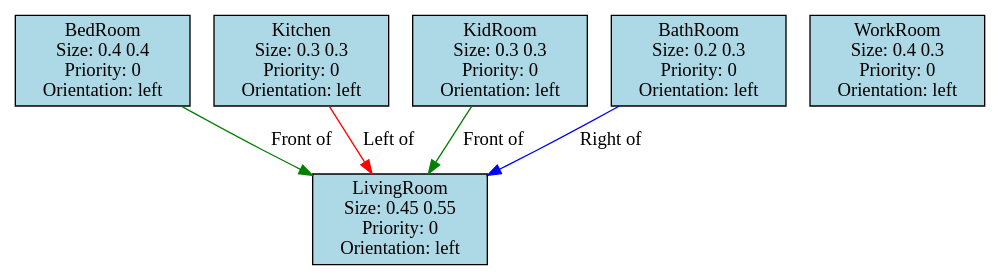
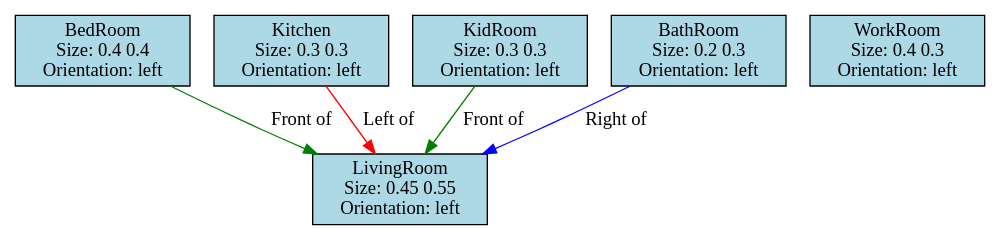
One commit to iambrc/AutoHomePlan changed the diagram in Assets/SceneGraph/graph_in.dot. Above: the diagram before and after it, drawn with Graphviz. The commit also changed 15 other files, not shown here.

```diff
--- a/Assets/SceneGraph/graph_in.dot
+++ b/Assets/SceneGraph/graph_in.dot
@@ -1,12 +1,12 @@
 digraph G {
-0[label="LivingRoom\nSize: 0.45 0.55\nPriority: 0\nOrientation: left", shape=rect, style=filled, fillcolor="lightblue", width=0.45, height=0.55];
-1[label="BedRoom\nSize: 0.4 0.4\nPriority: 0\nOrientation: left", shape=rect, style=filled, fillcolor="lightblue", width=0.4, height=0.4];
-2[label="Kitchen\nSize: 0.3 0.3\nPriority: 0\nOrientation: left", shape=rect, style=filled, fillcolor="lightblue", width=0.3, height=0.3];
-3[label="KidRoom\nSize: 0.3 0.3\nPriority: 0\nOrientation: left", shape=rect, style=filled, fillcolor="lightblue", width=0.3, height=0.3];
-4[label="BathRoom\nSize: 0.2 0.3\nPriority: 0\nOrientation: left", shape=rect, style=filled, fillcolor="lightblue", width=0.2, height=0.3];
-5[label="WorkRoom\nSize: 0.4 0.3\nPriority: 0\nOrientation: left", shape=rect, style=filled, fillcolor="lightblue", width=0.4, height=0.3];
+0[label="LivingRoom\nSize: 0.45 0.55\nOrientation: left", shape=rect, style=filled, fillcolor="lightblue", width=0.45, height=0.55];
+1[label="BedRoom\nSize: 0.4 0.4\nOrientation: left", shape=rect, style=filled, fillcolor="lightblue", width=0.4, height=0.4];
+2[label="Kitchen\nSize: 0.3 0.3\nOrientation: left", shape=rect, style=filled, fillcolor="lightblue", width=0.3, height=0.3];
+3[label="KidRoom\nSize: 0.3 0.3\nOrientation: left", shape=rect, style=filled, fillcolor="lightblue", width=0.3, height=0.3];
+4[label="BathRoom\nSize: 0.2 0.3\nOrientation: left", shape=rect, style=filled, fillcolor="lightblue", width=0.2, height=0.3];
+5[label="WorkRoom\nSize: 0.4 0.3\nOrientation: left", shape=rect, style=filled, fillcolor="lightblue", width=0.4, height=0.3];
 1->0 [label="Front of\n", color="green"];
 2->0 [label="Left of\n", color="red"];
 3->0 [label="Front of\n", color="green"];
 4->0 [label="Right of\n", color="blue"];
 }
```
